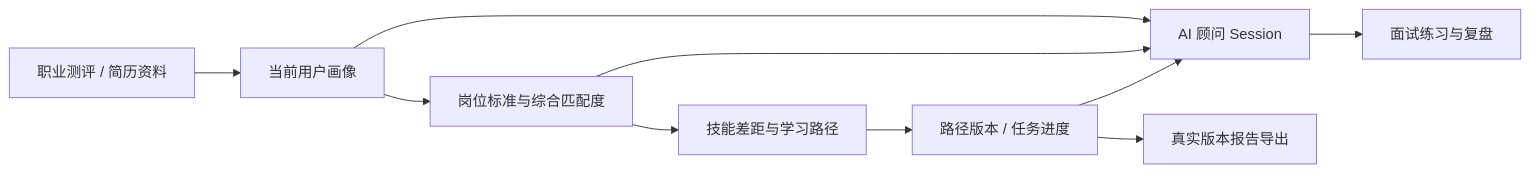
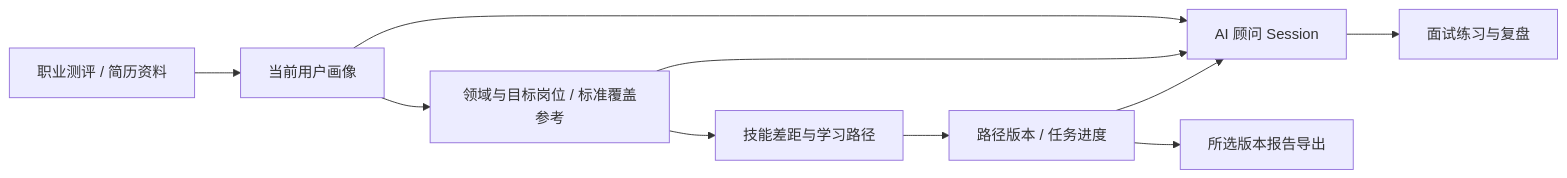
The diagram in README.md (Richard-Lee0419/career-planning-agent), drawn with Mermaid before and after one commit. The commit also changed other lines of this file and 82 other files, not shown here.

````diff
--- a/README.md
+++ b/README.md
@@ -13,12 +21,12 @@
 ```mermaid
 flowchart LR
     A[职业测评 / 简历资料] --> B[当前用户画像]
-    B --> C[岗位标准与综合匹配度]
+    B --> C[领域与目标岗位 / 标准覆盖参考]
     C --> D[技能差距与学习路径]
     D --> E[路径版本 / 任务进度]
     B --> F[AI 顾问 Session]
     C --> F
     E --> F
     F --> G[面试练习与复盘]
-    E --> H[真实版本报告导出]
+    E --> H[所选版本报告导出]
 ```
````
